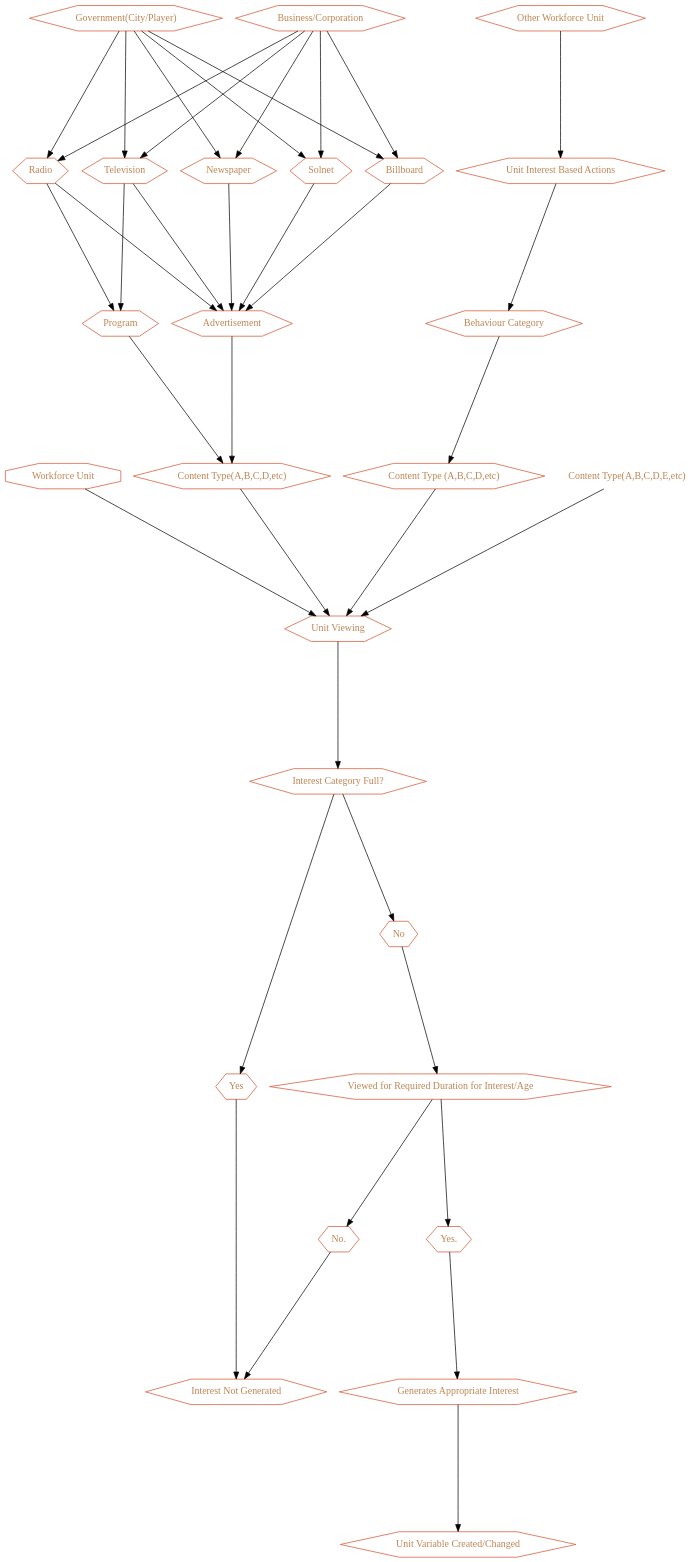
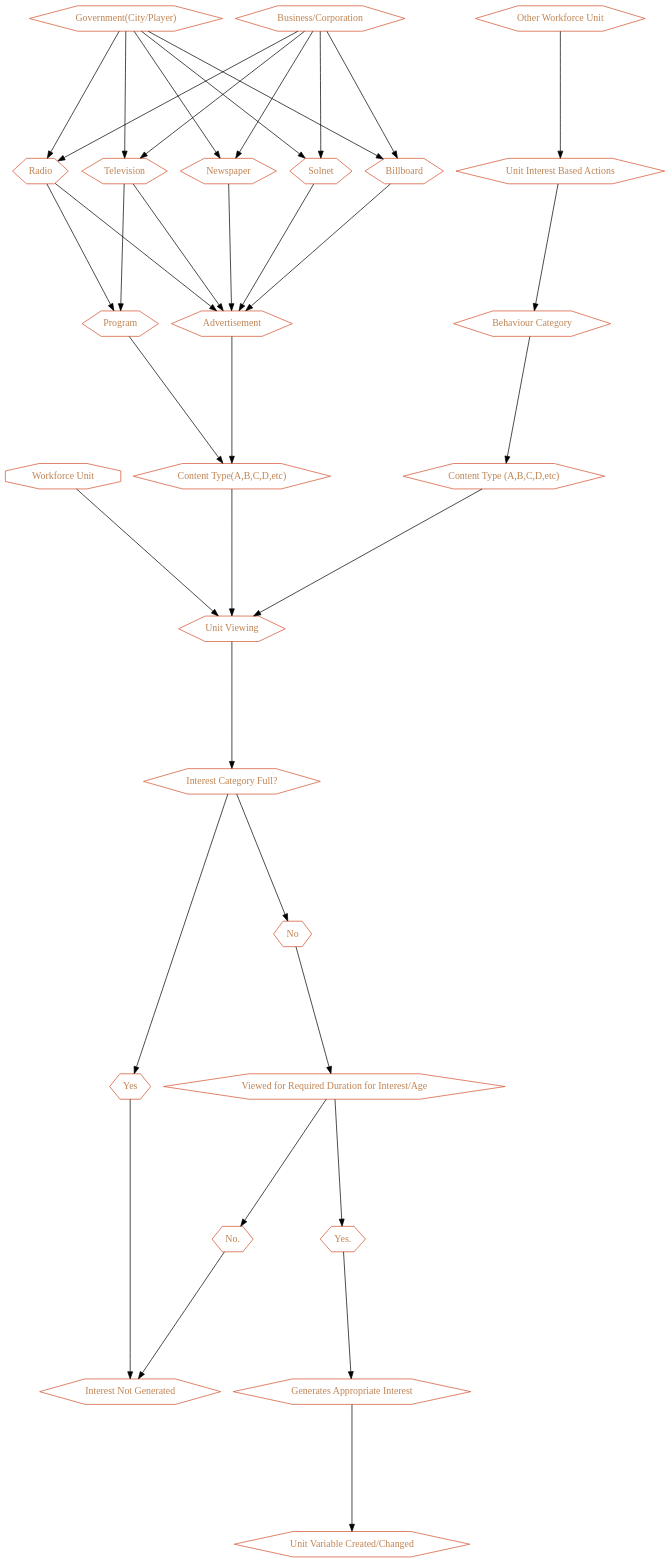
The diagram in Handbook/Game_Mechanics/Graphviz/Workforce_Interests.gv (cartesiantheatre/handbook), drawn with Graphviz before and after one commit.

Commit message:
Handbook: small expanding to Workforce_Interests.gv.

```diff
--- a/Handbook/Game_Mechanics/Graphviz/Workforce_Interests.gv
+++ b/Handbook/Game_Mechanics/Graphviz/Workforce_Interests.gv
@@ -1,133 +1,138 @@
 /*
   This is part of the Avaneya Project Crew Handbook.
   Copyright (C) 2010-2013 Cartesian Theatre <info@cartesiantheatre.com>.
   See the file License for copying conditions.
   
   To manually compile:
       $ sudo aptitude install graphviz
       $ twopi -Tpdf Workforce_Interests.twopi.gv -o Workforce_Interests.pdf
 */
 
 digraph Workforce_Needs
 {
     // Graph attributes...
     bgcolor="transparent";
     margin="0";
     ratio="auto";
     ranksep="2.5";
     pad="0.5,0.5";
     compound="true";
     overlap="vpsc";
     root="Zones";
 
     // Node attributes...
     node[color="#d3502dff"];
     node[fillcolor="gray10"];
     node[fontcolor="#c08453ff"];
     node[fontname="Ubuntu"];
     node[shape="none"]
 
 
 // Interests
 
 	"Workforce Unit"[shape="octagon"]
 	"Television"[shape="hexagon"]
 	"Radio"[shape="hexagon"]
 	"Billboard"[shape="hexagon"]
 	"Newspaper"[shape="hexagon"]
 	"Solnet"[shape="hexagon"]
 	"Advertisement"[shape="hexagon"]
 	"Program"[shape="hexagon"]
 	"Business/Corporation"[shape="hexagon"]
 	"Government(City/Player)"[shape="hexagon"]
 	"Content Type(A,B,C,D,etc)"[shape="hexagon"]
 	"Unit Viewing"[shape="hexagon"]
 	"Viewed for Required Duration for Interest/Age"[shape="hexagon"]
 	"Generates Appropriate Interest"[shape="hexagon"]
 	"Other Workforce Unit"[shape="hexagon"]
 	"Unit Interest Based Actions"[shape="hexagon"]
 	"Behaviour Category"[shape="hexagon"]
 	"Content Type (A,B,C,D,etc)"[shape="hexagon"]
 	"Interest Category Full?"[shape="hexagon"]
 	"Yes"[shape="hexagon"]
 	"Yes."[shape="hexagon"]
 	"No"[shape="hexagon"]
 	"No."[shape="hexagon"]
 	"Interest Not Generated"[shape="hexagon"]
 	"Unit Variable Created/Changed"[shape="hexagon"]
 
 
 // Relations
 	// Television & Media	
 
 	"Business/Corporation"		-> "Television";
 	"Government(City/Player)"	-> "Television";
 	"Business/Corporation"		-> "Radio";
 	"Government(City/Player)"	-> "Radio";
 	"Business/Corporation"		-> "Billboard";
 	"Government(City/Player)"	-> "Billboard";
 	"Business/Corporation"		-> "Newspaper";
 	"Government(City/Player)"	-> "Newspaper";
 	"Business/Corporation"		-> "Solnet";
 	"Government(City/Player)"	-> "Solnet";	
 	
 	
 	
 	
 	
 	"Television"	-> "Advertisement";
 	"Television"	-> "Program";
 	"Radio"		-> "Program";
 	"Radio"		-> "Advertisement";
 	"Solnet"	-> "Advertisement";
 	"Billboard"	-> "Advertisement";
 	"Newspaper"	-> "Advertisement";
 
 
 	"Advertisement"	-> "Content Type(A,B,C,D,etc)";
 	"Program"	-> "Content Type(A,B,C,D,etc)";
 
 	"Content Type(A,B,C,D,etc)"	-> "Unit Viewing";	
-	"Content Type(A,B,C,D,E,etc)"	-> "Unit Viewing";
-
+	
 	"Workforce Unit"	-> "Unit Viewing";	
 	
 	"Unit Viewing"		-> "Interest Category Full?";
 					"Interest Category Full?" -> "Yes";
 					"Interest Category Full?" -> "No";
 						"Yes"	-> "Interest Not Generated";
 						"No"	-> "Viewed for Required Duration for Interest/Age";
 								"Viewed for Required Duration for Interest/Age" -> "Yes.";
 								"Viewed for Required Duration for Interest/Age" -> "No.";
 
 									"Yes." 	-> "Generates Appropriate Interest";
 									"No."	-> "Interest Not Generated";
 
 	
 	"Generates Appropriate Interest" -> "Unit Variable Created/Changed";
 
 
 	// Behavioural Observations
 
 	"Other Workforce Unit"		-> "Unit Interest Based Actions";
 	"Unit Interest Based Actions"	-> "Behaviour Category";
 	"Behaviour Category"		-> "Content Type (A,B,C,D,etc)";
 	"Content Type (A,B,C,D,etc)"	-> "Unit Viewing";
 
 	
+	// Theater 
+
+
+	// Song/Music
+
+
 	// 
 	
 
 
 
 
 
 
 
 
 
 
 
 
 
 }
```
